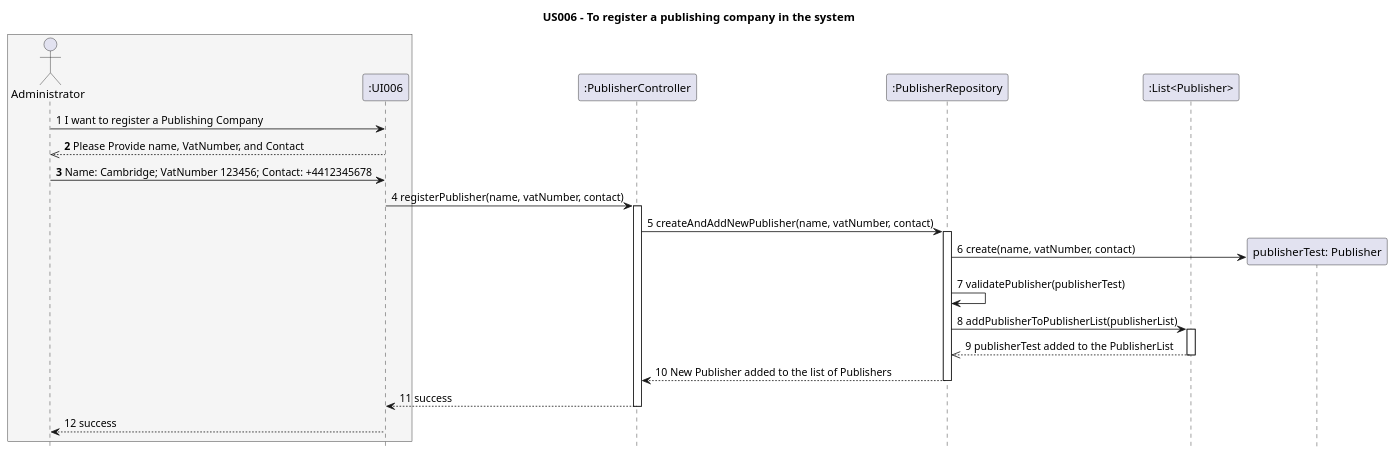
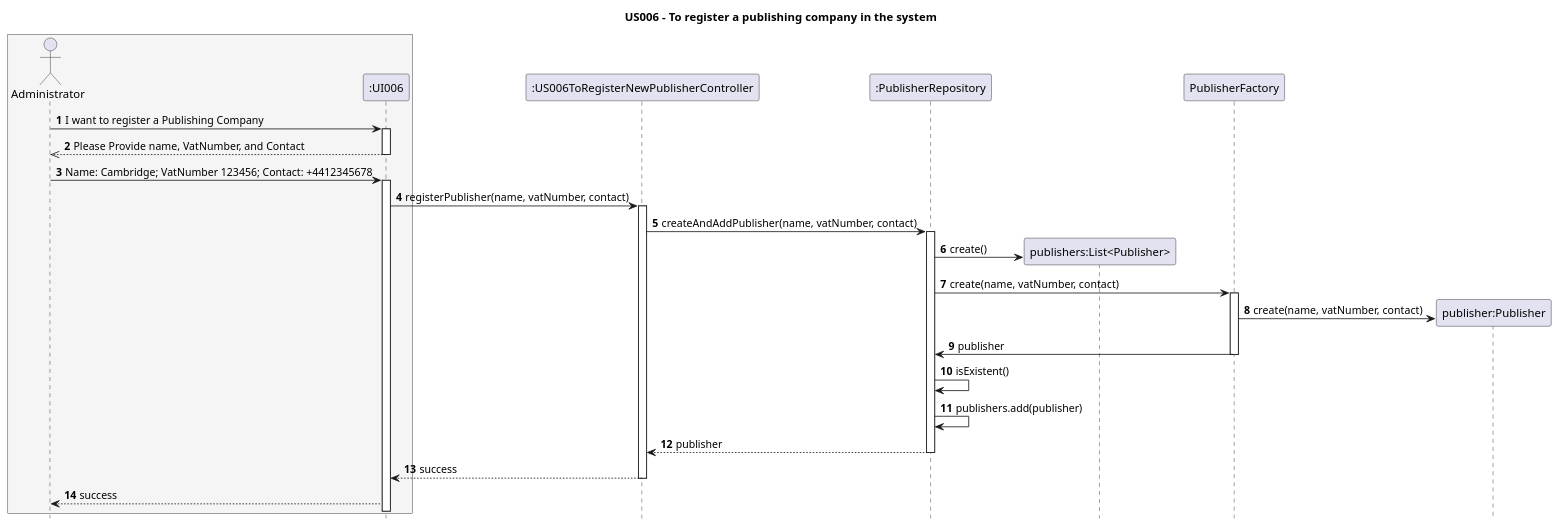
One commit to AndrePereiraGitH/SWitCH-Project-Team_A changed the diagram in Diagrams/SequenceDiagrams/N2/US006-to-register-a-publishing-company-in-the-system.puml. Above: the diagram before and after it, drawn with PlantUML. The commit also changed 1 other file, not shown here.

Commit message:
Working on #360, introduce PublisherFactory in SD and CD diagrams related to US006

```diff
--- a/Diagrams/SequenceDiagrams/N2/US006-to-register-a-publishing-company-in-the-system.puml
+++ b/Diagrams/SequenceDiagrams/N2/US006-to-register-a-publishing-company-in-the-system.puml
@@ -1,51 +1,65 @@
 @startuml
 
 hide footbox
+autonumber
 title US006 - To register a publishing company in the system
 
 box #WhiteSmoke
 actor Administrator
 participant ":UI006" as UI
 end box
 
 
-participant ":PublisherController" as RegisterPublisherController
+participant ":US006ToRegisterNewPublisherController" as RegisterPublisherController
 
 
 
 participant ":PublisherRepository" as PublisherRepository
- participant ":List<Publisher>"
-Administrator -> UI : 1 I want to register a Publishing Company
-UI -->> Administrator : **2** Please Provide name, VatNumber, and Contact
-Administrator -> UI : **3** Name: Cambridge; VatNumber 123456; Contact: +4412345678
+participant "publishers:List<Publisher>" as list
+participant "PublisherFactory" as factory
+participant "publisher:Publisher" as publisher
 
-UI -> RegisterPublisherController : 4 registerPublisher(name, vatNumber, contact)
+Administrator -> UI : I want to register a Publishing Company
+
+activate UI
+UI -->> Administrator : Please Provide name, VatNumber, and Contact
+
+deactivate UI
+
+Administrator -> UI : Name: Cambridge; VatNumber 123456; Contact: +4412345678
+
+activate UI
+
+UI -> RegisterPublisherController : registerPublisher(name, vatNumber, contact)
 activate RegisterPublisherController
 
-RegisterPublisherController -> PublisherRepository : 5 createAndAddNewPublisher(name, vatNumber, contact)
+RegisterPublisherController -> PublisherRepository : createAndAddPublisher(name, vatNumber, contact)
 
 activate PublisherRepository
 
-create "publisherTest: Publisher" as User
+PublisherRepository -> list **: create()
+PublisherRepository -> factory: create(name, vatNumber, contact)
 
 
-PublisherRepository -> User : 6 create(name, vatNumber, contact)
+activate factory
 
+factory -> publisher ** : create(name, vatNumber, contact)
 
-PublisherRepository -> PublisherRepository : 7 validatePublisher(publisherTest)
-PublisherRepository -> ":List<Publisher>" : 8 addPublisherToPublisherList(publisherList)
- activate ":List<Publisher>"
- ":List<Publisher>" -->> PublisherRepository : 9 publisherTest added to the PublisherList
- deactivate
+factory -> PublisherRepository: publisher
 
-PublisherRepository --> RegisterPublisherController : 10 New Publisher added to the list of Publishers
+deactivate factory
+
+PublisherRepository -> PublisherRepository : isExistent()
+PublisherRepository -> PublisherRepository: publishers.add(publisher)
+
+PublisherRepository --> RegisterPublisherController : publisher
 deactivate PublisherRepository
 
-RegisterPublisherController --> UI : 11 success
+RegisterPublisherController --> UI : success
 deactivate RegisterPublisherController
 
-UI --> Administrator : 12 success
+UI --> Administrator : success
 
 
 
 @enduml
```
